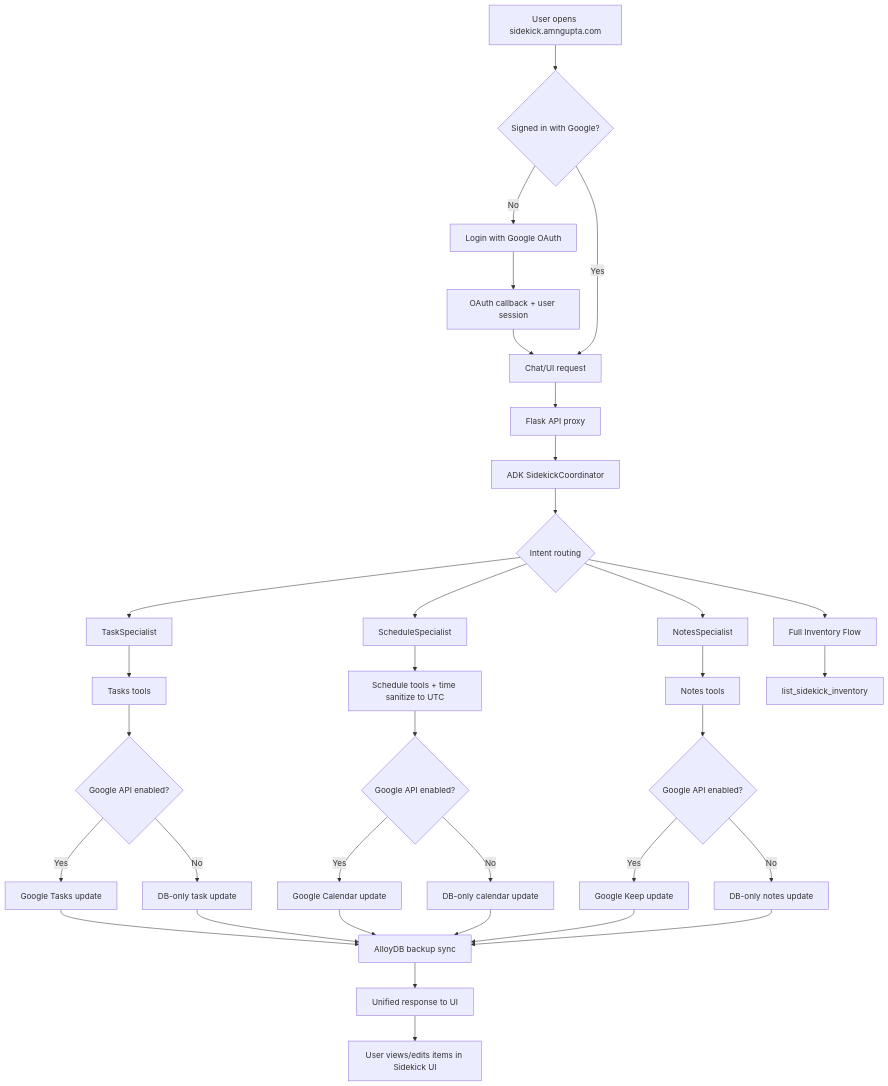
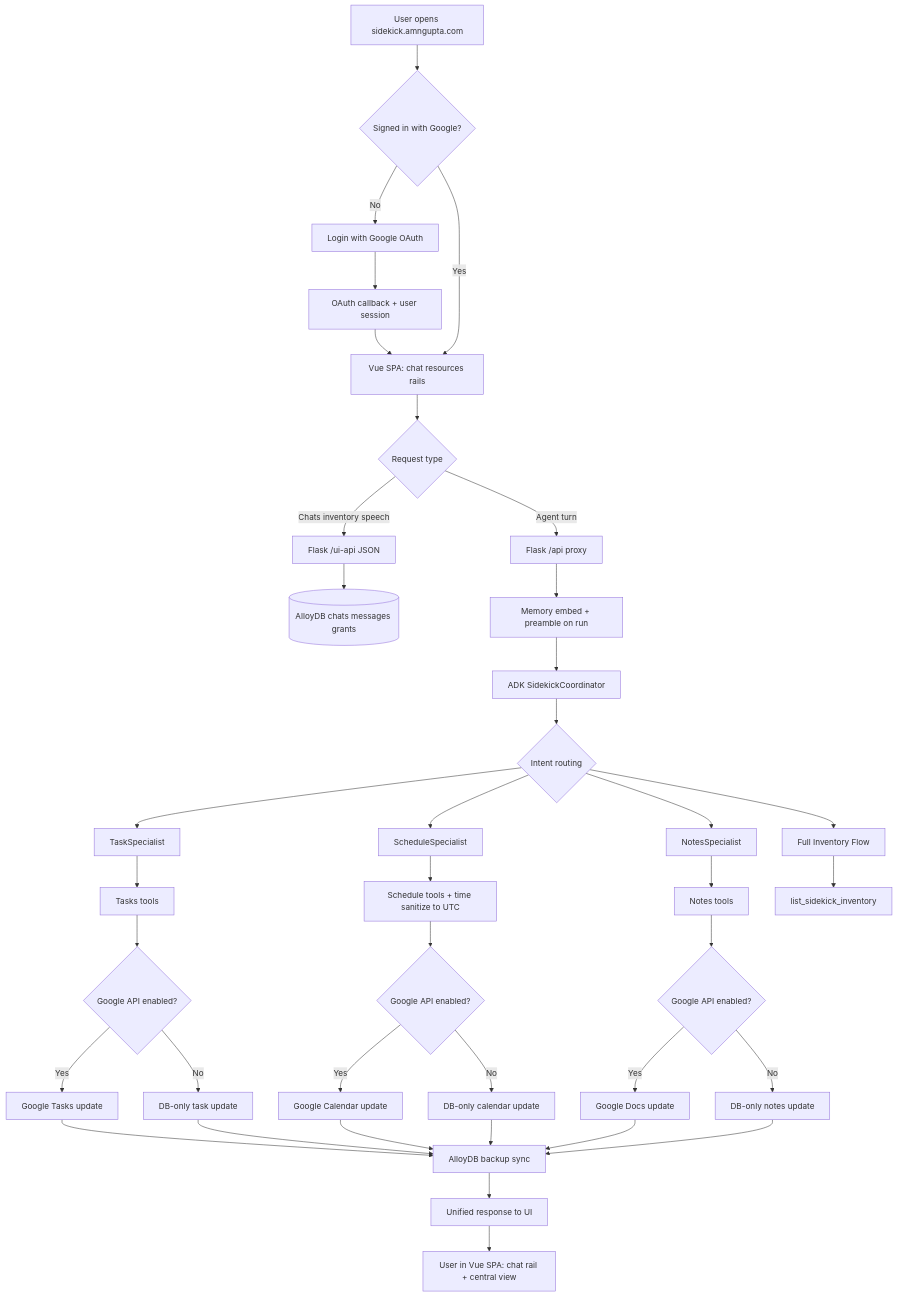
One commit to bolleyboll/h2s-google-genai-apac-cohort1-final changed the second of 10 diagrams in README.md. Above: the diagram before and after it, drawn with Mermaid. The commit also changed other lines of this file and 70 other files, not shown here.

````diff
--- a/README.md
+++ b/README.md
@@ -108,43 +112,47 @@
 ```mermaid
 flowchart TD
     A[User opens sidekick.amngupta.com] --> B{Signed in with Google?}
     B -- No --> C[Login with Google OAuth]
     C --> D[OAuth callback + user session]
-    B -- Yes --> E[Chat/UI request]
+    B -- Yes --> E[Vue SPA: chat resources rails]
 
     D --> E
-    E --> F[Flask API proxy]
-    F --> G[ADK SidekickCoordinator]
+    E --> F{Request type}
+    F -- Chats inventory speech --> UiApi[Flask /ui-api JSON]
+    F -- Agent turn --> ApiProxy[Flask /api proxy]
+    UiApi --> DBui[(AlloyDB chats messages grants)]
+    ApiProxy --> MemInj[Memory embed + preamble on run]
+    MemInj --> G[ADK SidekickCoordinator]
 
     G --> H{Intent routing}
     H --> I[TaskSpecialist]
     H --> J[ScheduleSpecialist]
     H --> K[NotesSpecialist]
     H --> L[Full Inventory Flow]
 
-    I --> M[Tasks tools]
-    J --> N[Schedule tools + time sanitize to UTC]
-    K --> O[Notes tools]
-    L --> P[list_sidekick_inventory]
+    I --> TaskTools[Tasks tools]
+    J --> SchedTools[Schedule tools + time sanitize to UTC]
+    K --> NotesTools[Notes tools]
+    L --> InvTool[list_sidekick_inventory]
 
-    M --> Q{Google API enabled?}
-    N --> R{Google API enabled?}
-    O --> S{Google API enabled?}
+    TaskTools --> Q{Google API enabled?}
+    SchedTools --> R{Google API enabled?}
+    NotesTools --> S{Google API enabled?}
 
     Q -- Yes --> T[Google Tasks update]
-    Q -- No --> U[DB-only task update]
+    Q -- No --> Uonly[DB-only task update]
     R -- Yes --> V[Google Calendar update]
     R -- No --> W[DB-only calendar update]
-    S -- Yes --> X[Google Keep update]
+    S -- Yes --> X[Google Docs update]
     S -- No --> Y[DB-only notes update]
 
     T --> Z[AlloyDB backup sync]
     V --> Z
     X --> Z
-    U --> Z
+    Uonly --> Z
     W --> Z
     Y --> Z
 
     Z --> AA[Unified response to UI]
-    AA --> AB[User views/edits items in Sidekick UI]
+    AA --> AB[User in Vue SPA: chat rail + central view]
 ```
````
